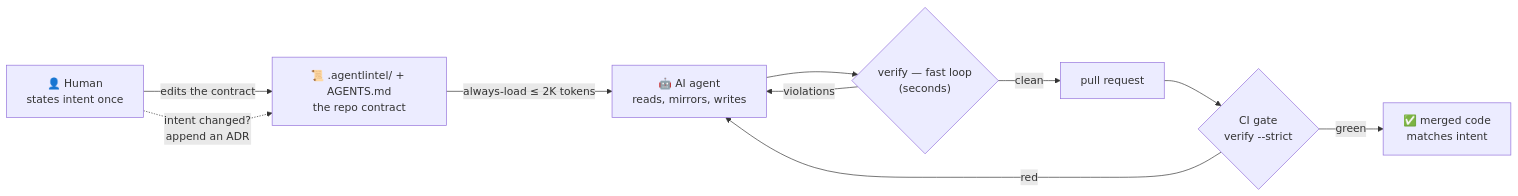
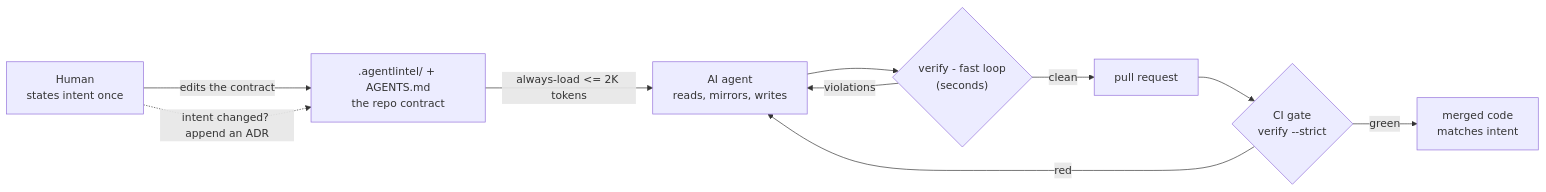
One commit to lishan-fernando/AGENTLINTEL changed the first of 2 diagrams in README.md. Above: the diagram before and after it, drawn with Mermaid. The commit also changed other lines of this file, not shown here.

Commit message:
Fix Mermaid diagrams in README

````diff
--- a/README.md
+++ b/README.md
@@ -79,12 +79,20 @@
 ```mermaid
 flowchart LR
-    H["👤 Human<br>states intent once"] -->|"edits the contract"| K["📜 .agentlintel/ + AGENTS.md<br>the repo contract"]
-    K -->|"always-load ≤ 2K tokens"| A["🤖 AI agent<br>reads, mirrors, writes"]
-    A --> V{"verify — fast loop<br>(seconds)"}
+    H["Human<br/>states intent once"]
+    K[".agentlintel/ + AGENTS.md<br/>the repo contract"]
+    A["AI agent<br/>reads, mirrors, writes"]
+    V{"verify - fast loop<br/>(seconds)"}
+    P["pull request"]
+    C{"CI gate<br/>verify --strict"}
+    M["merged code<br/>matches intent"]
+
+    H -->|edits the contract| K
+    K -->|always-load <= 2K tokens| A
+    A --> V
     V -->|violations| A
-    V -->|clean| P["pull request"]
-    P --> C{"CI gate<br>verify --strict"}
+    V -->|clean| P
+    P --> C
     C -->|red| A
-    C -->|green| M["✅ merged code<br>matches intent"]
-    H -.->|"intent changed?<br>append an ADR"| K
+    C -->|green| M
+    H -.->|intent changed? append an ADR| K
 ```
````
